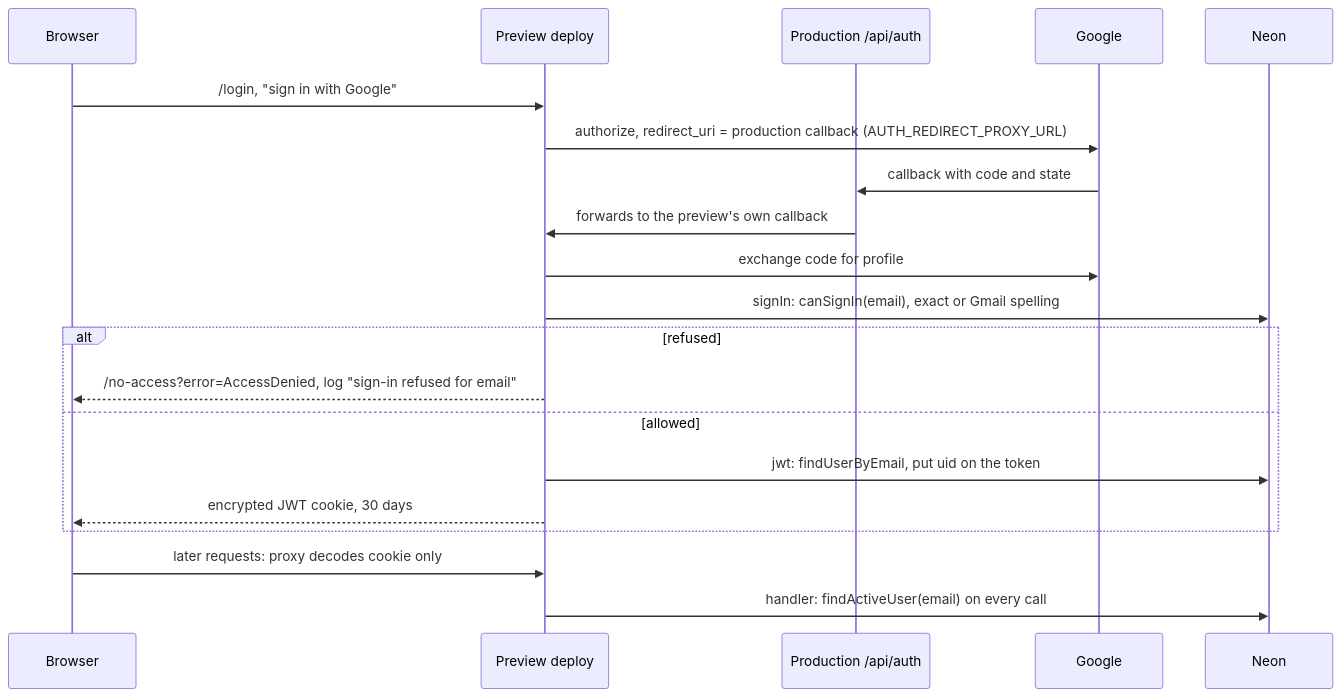
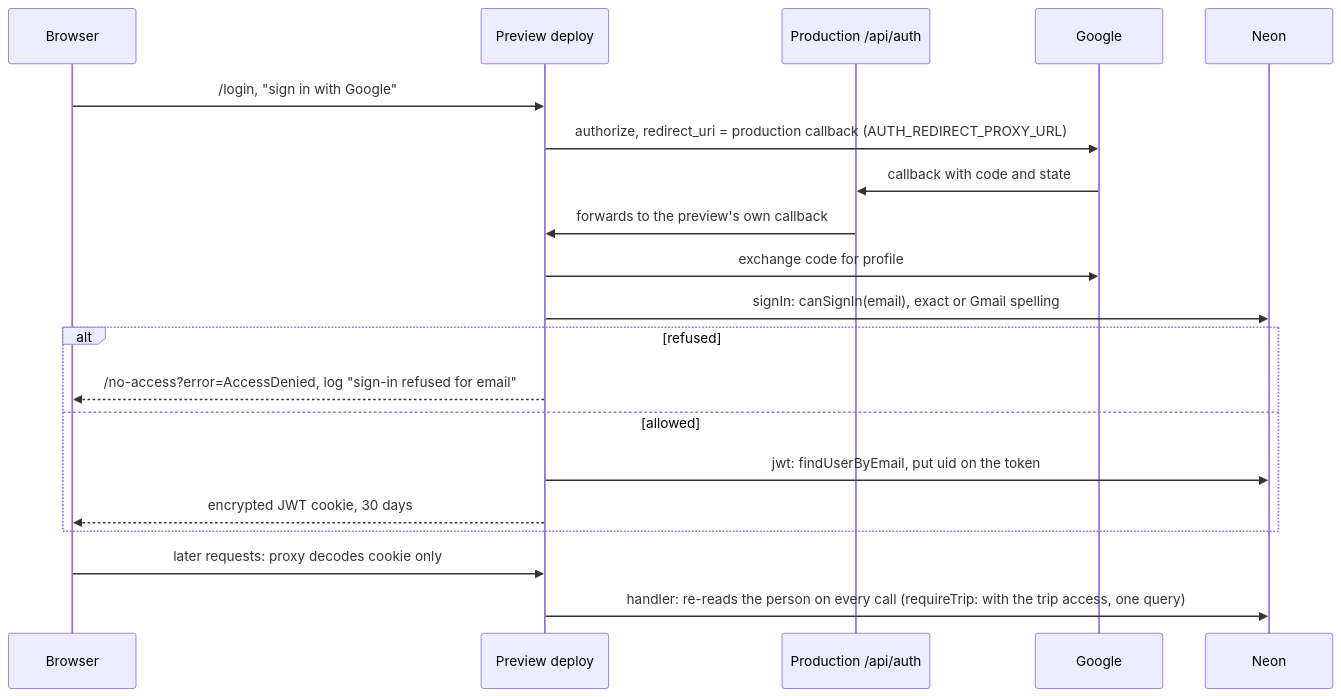
The seventh of 8 diagrams in docs/architecture.md (idodjeen/camping), drawn with Mermaid before and after one commit. The commit also changed other lines of this file and 3 other files, not shown here.

````diff
--- a/docs/architecture.md
+++ b/docs/architecture.md
@@ -276,23 +277,23 @@
 ```mermaid
 sequenceDiagram
   participant U as Browser
   participant P as Preview deploy
   participant PR as Production /api/auth
   participant G as Google
   participant DB as Neon
 
   U->>P: /login, "sign in with Google"
   P->>G: authorize, redirect_uri = production callback (AUTH_REDIRECT_PROXY_URL)
   G->>PR: callback with code and state
   PR->>P: forwards to the preview's own callback
   P->>G: exchange code for profile
   P->>DB: signIn: canSignIn(email), exact or Gmail spelling
   alt refused
     P-->>U: /no-access?error=AccessDenied, log "sign-in refused for email"
   else allowed
     P->>DB: jwt: findUserByEmail, put uid on the token
     P-->>U: encrypted JWT cookie, 30 days
   end
   U->>P: later requests: proxy decodes cookie only
-  P->>DB: handler: findActiveUser(email) on every call
+  P->>DB: handler: re-reads the person on every call (requireTrip: with the trip access, one query)
 ```
````
